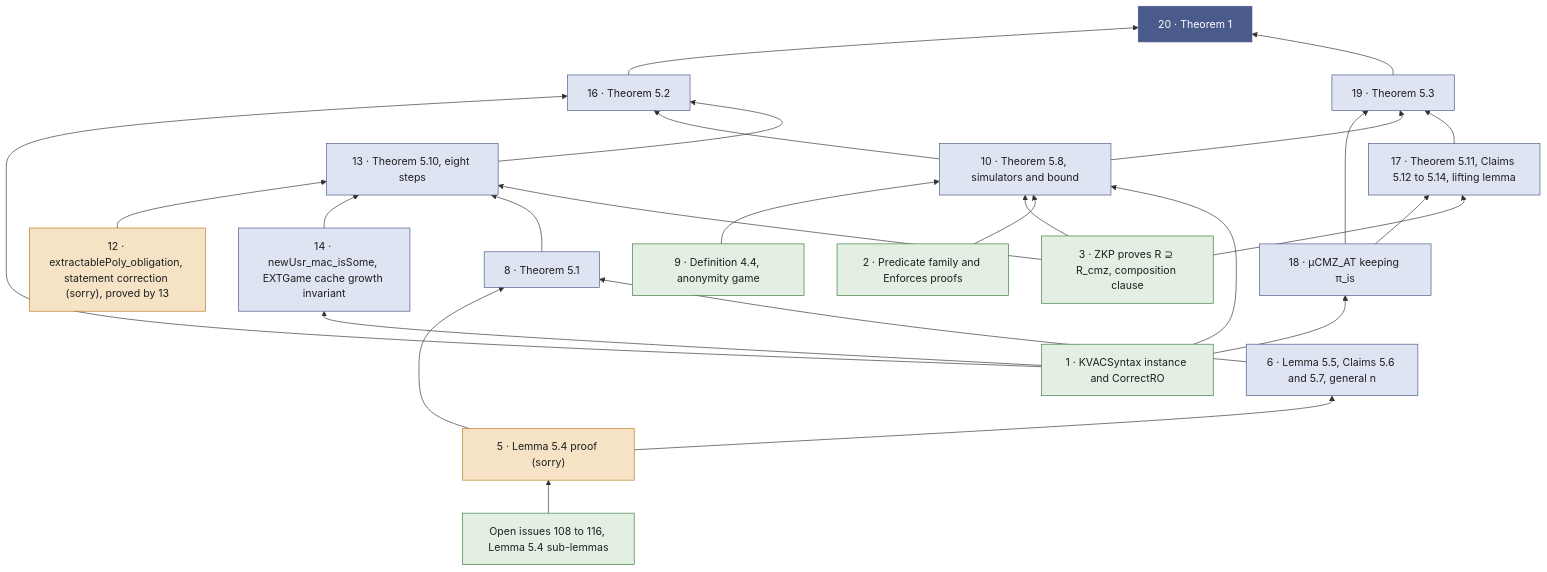
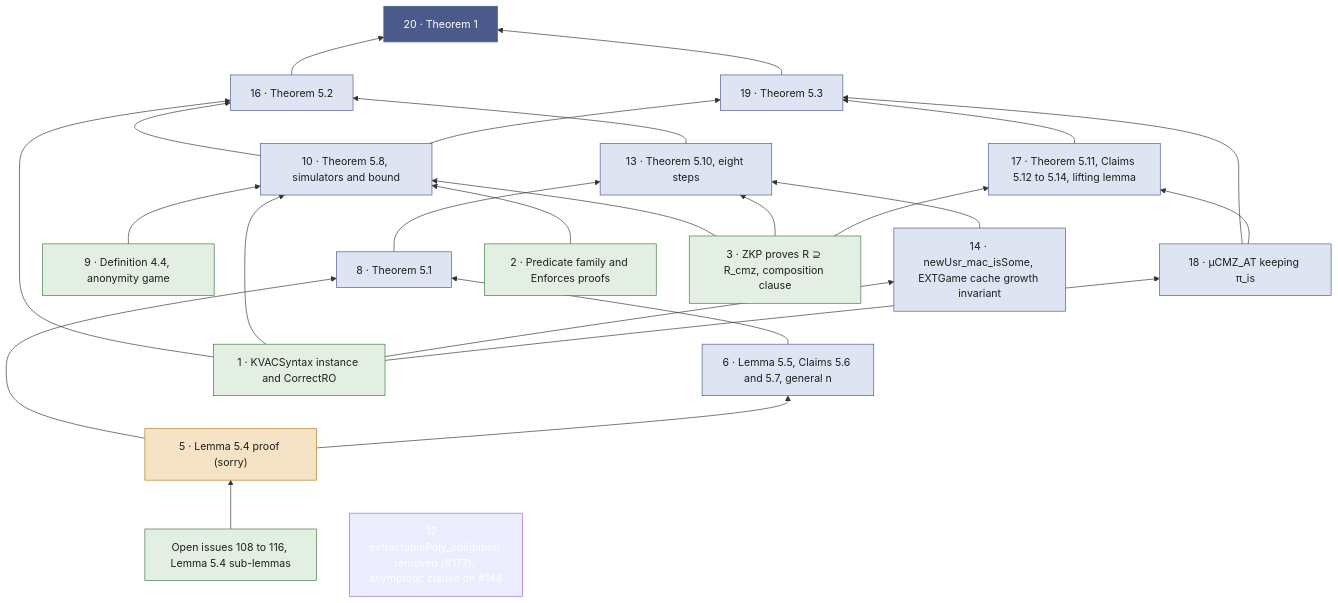
The diagram in docs/MICROCMZ_REMAINING_GRAPH.md (Beneficial-AI-Foundation/KeyedVerificationAnonymousCredential-model), drawn with Mermaid before and after one commit. The commit also changed other lines of this file and 4 other files, not shown here.

First line of the commit message:
fix(Framework): remove the false extractablePoly_obligation (item 12 of #169, #177)

````diff
--- a/docs/MICROCMZ_REMAINING_GRAPH.md
+++ b/docs/MICROCMZ_REMAINING_GRAPH.md
@@ -5,54 +5,53 @@
 ```mermaid
 graph BT
   T1["20 · Theorem 1"]
   T52["16 · Theorem 5.2"]
   T53["19 · Theorem 5.3"]
   T51["8 · Theorem 5.1"]
   L54["5 · Lemma 5.4 proof (sorry)"]
   SUB["Open issues 108 to 116, Lemma 5.4 sub-lemmas"]
   L55["6 · Lemma 5.5, Claims 5.6 and 5.7, general n"]
   D44["9 · Definition 4.4, anonymity game"]
   T58["10 · Theorem 5.8, simulators and bound"]
-  E12["12 · extractablePoly_obligation, statement correction (sorry), proved by 13"]
+  E12["12 · extractablePoly_obligation removed (#177), asymptotic clause on #148"]
   N14["14 · newUsr_mac_isSome, EXTGame cache growth invariant"]
   T510["13 · Theorem 5.10, eight steps"]
   V18["18 · μCMZ_AT keeping π_is"]
   T511["17 · Theorem 5.11, Claims 5.12 to 5.14, lifting lemma"]
   K1["1 · KVACSyntax instance and CorrectRO"]
   P2["2 · Predicate family and Enforces proofs"]
   H3["3 · ZKP proves R ⊇ R_cmz, composition clause"]
 
   T52 --> T1
   T53 --> T1
   K1 --> T52
   T58 --> T52
   T510 --> T52
   D44 --> T58
   H3 --> T58
   P2 --> T58
   K1 --> T58
-  E12 --> T510
   N14 --> T510
   T51 --> T510
   H3 --> T510
   K1 --> N14
   L54 --> T51
   L55 --> T51
   SUB --> L54
   L54 --> L55
   V18 --> T53
   T58 --> T53
   T511 --> T53
   K1 --> V18
   V18 --> T511
   H3 --> T511
 
   classDef root fill:#4a5a8a,color:#fff,stroke:#4a5a8a
   classDef thm fill:#dfe4f3,color:#1f1f1f,stroke:#4a5a8a
   classDef sorry fill:#f6e3c5,color:#1f1f1f,stroke:#b7791f
   classDef leaf fill:#e3efe3,color:#1f1f1f,stroke:#3c7a3c
   class T1 root
   class T52,T53,T51,T58,T510,T511,L55,V18,N14 thm
-  class L54,E12 sorry
+  class L54 sorry
   class SUB,K1,P2,H3,D44 leaf
 ```
````
